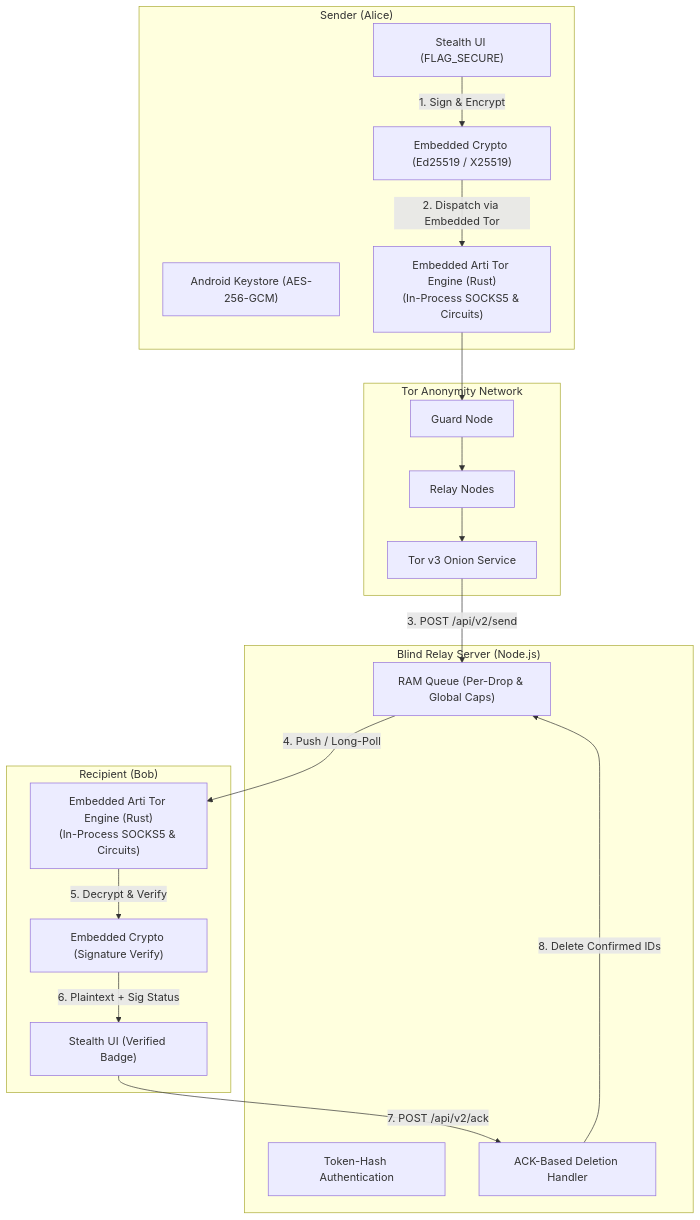
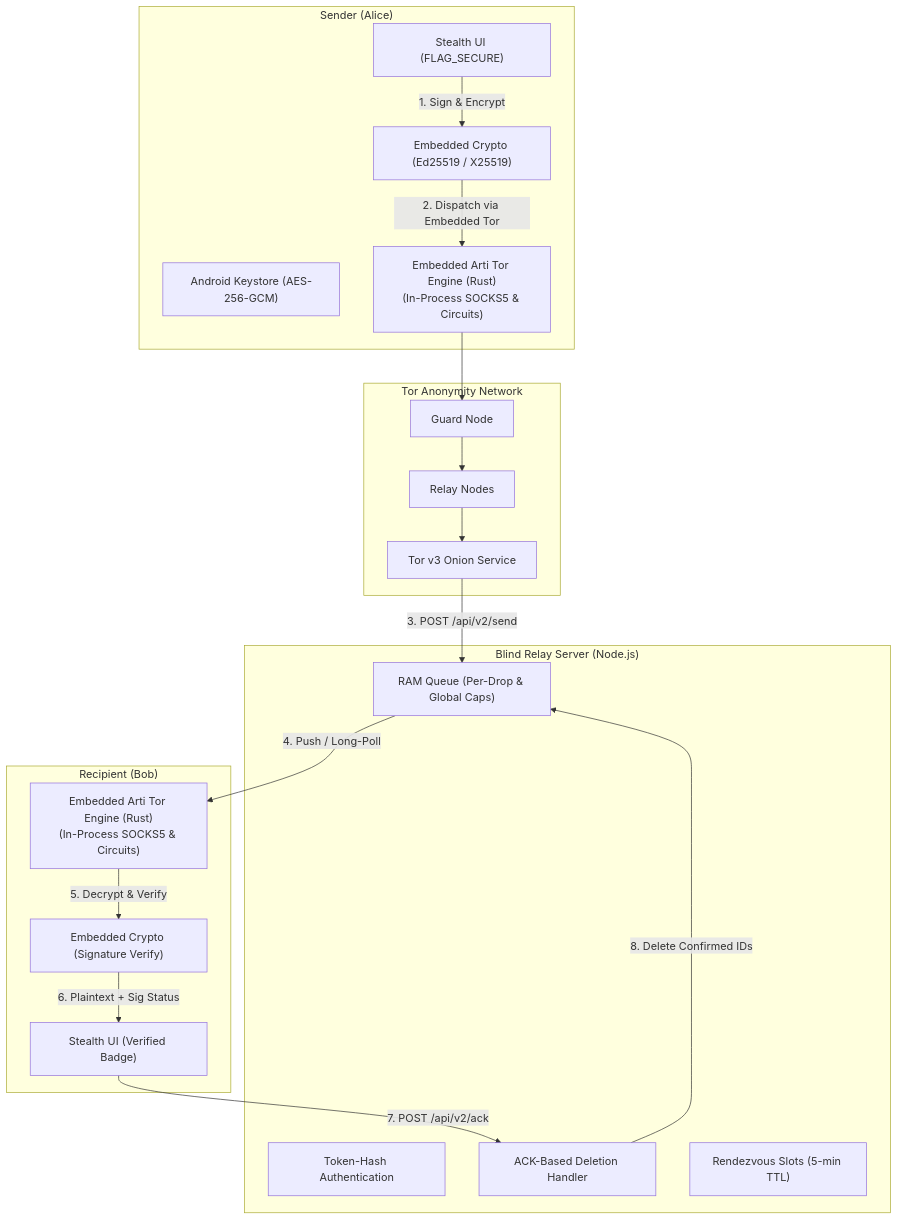
One commit to ahmed-elbasyony123/Anti-jail changed the first of 2 diagrams in README.md. Above: the diagram before and after it, drawn with Mermaid. The commit also changed other lines of this file, not shown here.

````diff
--- a/README.md
+++ b/README.md
@@ -22,37 +25,38 @@
 ```mermaid
 flowchart TD
     subgraph ClientA["Sender (Alice)"]
         UI_A["Stealth UI (FLAG_SECURE)"]
         CRYPTO_A["Embedded Crypto (Ed25519 / X25519)"]
         STORE_A["Android Keystore (AES-256-GCM)"]
         NET_A["Embedded Arti Tor Engine (Rust)\n(In-Process SOCKS5 & Circuits)"]
     end
 
     subgraph TorNet["Tor Anonymity Network"]
         GUARD["Guard Node"]
         RELAY["Relay Nodes"]
         ONION["Tor v3 Onion Service"]
     end
 
     subgraph BlindServer["Blind Relay Server (Node.js)"]
         MEM["RAM Queue (Per-Drop & Global Caps)"]
         AUTH["Token-Hash Authentication"]
         ACK["ACK-Based Deletion Handler"]
+        RV["Rendezvous Slots (5-min TTL)"]
     end
 
     subgraph ClientB["Recipient (Bob)"]
         NET_B["Embedded Arti Tor Engine (Rust)\n(In-Process SOCKS5 & Circuits)"]
         CRYPTO_B["Embedded Crypto (Signature Verify)"]
         UI_B["Stealth UI (Verified Badge)"]
     end
 
     UI_A -->|1. Sign & Encrypt| CRYPTO_A
     CRYPTO_A -->|2. Dispatch via Embedded Tor| NET_A
     NET_A --> GUARD --> RELAY --> ONION
     ONION -->|3. POST /api/v2/send| MEM
     MEM -->|4. Push / Long-Poll| NET_B
     NET_B -->|5. Decrypt & Verify| CRYPTO_B
     CRYPTO_B -->|6. Plaintext + Sig Status| UI_B
     UI_B -->|7. POST /api/v2/ack| ACK
     ACK -->|8. Delete Confirmed IDs| MEM
 ```
````
